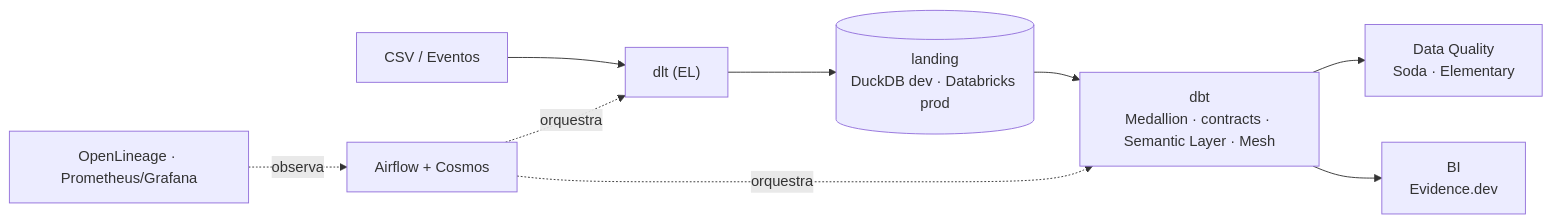
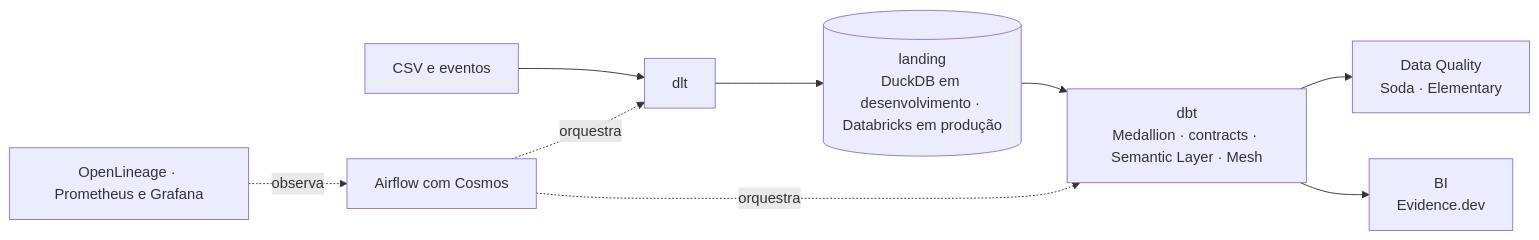
One commit to alanjoffre/portfolio changed the first of 2 diagrams in README.md. Above: the diagram before and after it, drawn with Mermaid. The commit also changed other lines of this file and 29 other files, not shown here.

````diff
--- a/README.md
+++ b/README.md
@@ -44,11 +35,11 @@
 ```mermaid
 flowchart LR
-  SRC["CSV / Eventos"] --> ING["dlt (EL)"]
-  ING --> LAND[("landing<br/>DuckDB dev · Databricks prod")]
+  SRC["CSV e eventos"] --> ING["dlt"]
+  ING --> LAND[("landing<br/>DuckDB em desenvolvimento · Databricks em produção")]
   LAND --> T["dbt<br/>Medallion · contracts · Semantic Layer · Mesh"]
   T --> DQ["Data Quality<br/>Soda · Elementary"]
   T --> BI["BI<br/>Evidence.dev"]
-  ORCH["Airflow + Cosmos"] -.->|orquestra| ING
+  ORCH["Airflow com Cosmos"] -.->|orquestra| ING
   ORCH -.->|orquestra| T
-  OBS["OpenLineage · Prometheus/Grafana"] -.->|observa| ORCH
+  OBS["OpenLineage · Prometheus e Grafana"] -.->|observa| ORCH
 ```
````
